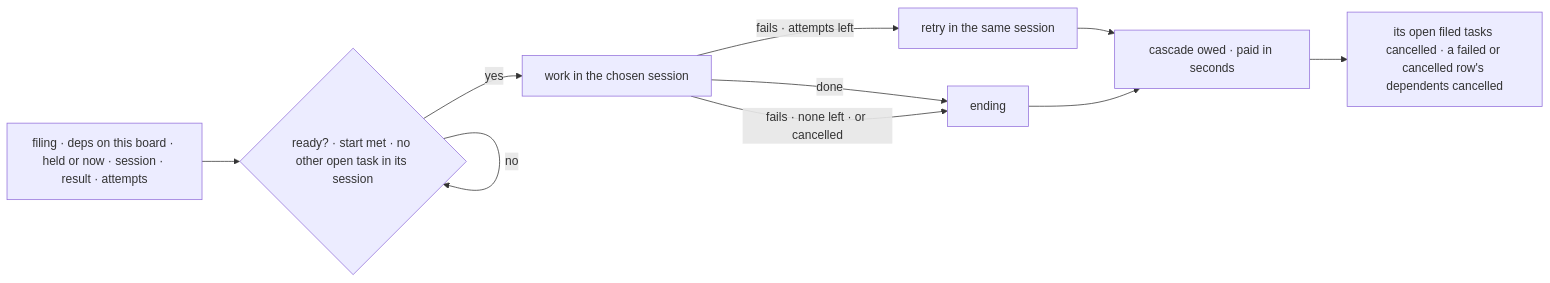
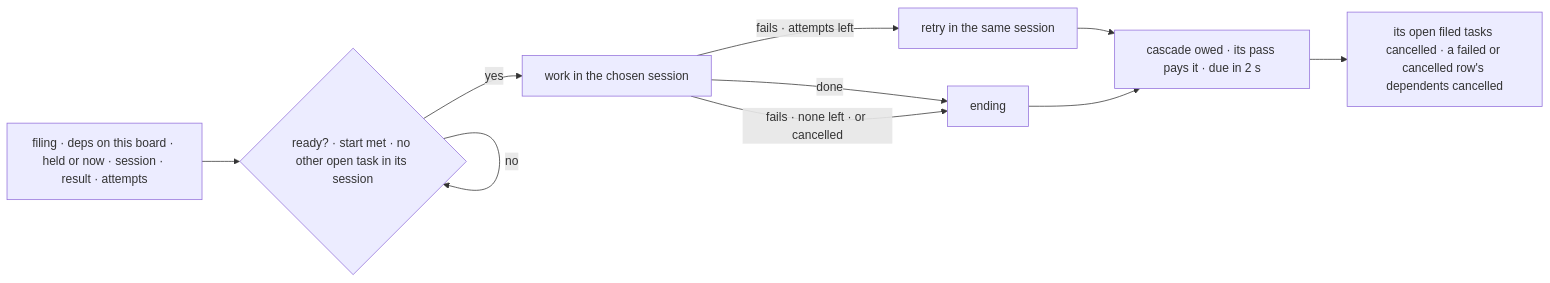
One commit to fixpoint-labs/flow-state-dev changed the second of 2 diagrams in specs/issues/FIX-2080/SPEC.md. Above: the diagram before and after it, drawn with Mermaid. The commit also changed other lines of this file and 5 other files, not shown here.

````diff
--- a/specs/issues/FIX-2080/SPEC.md
+++ b/specs/issues/FIX-2080/SPEC.md
@@ -94,12 +94,12 @@
 ```mermaid
 flowchart LR
   F["filing · deps on this board · held or now · session · result · attempts"] --> Q{"ready? · start met · no other open task in its session"}
   Q -->|"yes"| W["work in the chosen session"]
   Q -->|"no"| Q
   W -->|"done"| D["ending"]
   W -->|"fails · attempts left"| R["retry in the same session"]
   W -->|"fails · none left · or cancelled"| D
-  R --> C["cascade owed · paid in seconds"]
+  R --> C["cascade owed · its pass pays it · due in 2 s"]
   D --> C
   C --> K["its open filed tasks cancelled · a failed or cancelled row's dependents cancelled"]
 ```
````
